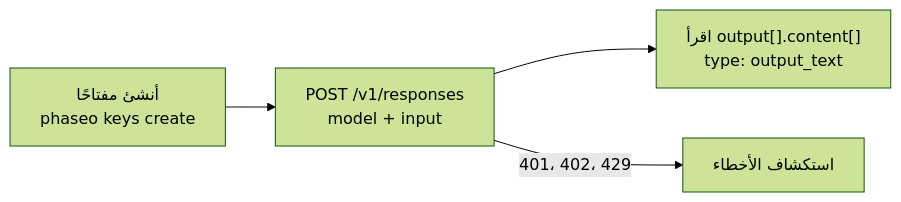
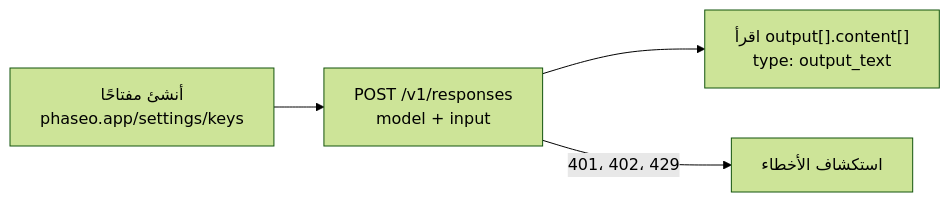
One commit to phaseoteam/Phaseo changed the diagram in apps/docs/ar/v1/quickstart.mdx. Above: the diagram before and after it, drawn with Mermaid (forest theme). The commit also changed other lines of this file and 238 other files, not shown here.

````diff
--- a/apps/docs/ar/v1/quickstart.mdx
+++ b/apps/docs/ar/v1/quickstart.mdx
@@ -9,6 +9,6 @@
 ```mermaid
 flowchart LR
-  key["أنشئ مفتاحًا<br/>phaseo keys create"] --> req["POST /v1/responses<br/>model + input"]
+  key["أنشئ مفتاحًا<br/>phaseo.app/settings/keys"] --> req["POST /v1/responses<br/>model + input"]
   req --> read["اقرأ output[].content[]<br/>type: output_text"]
   req -->|"401، 402، 429"| fix["استكشاف الأخطاء"]
 ```
````
